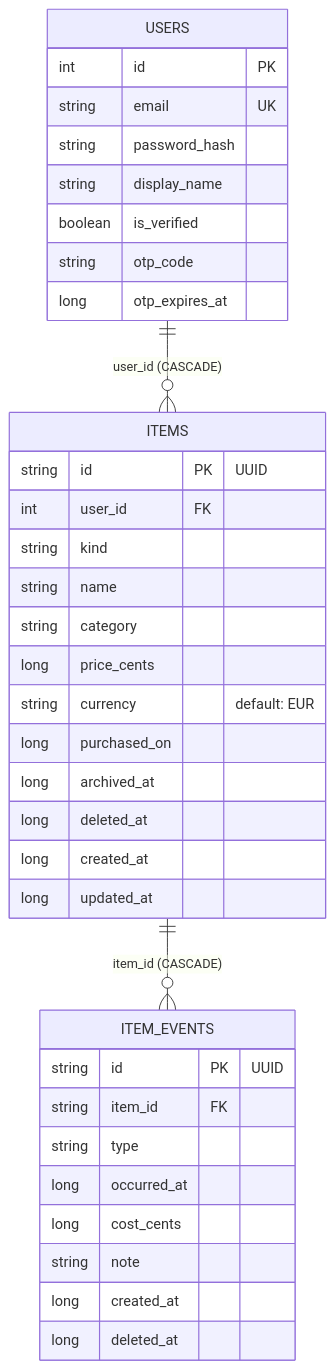
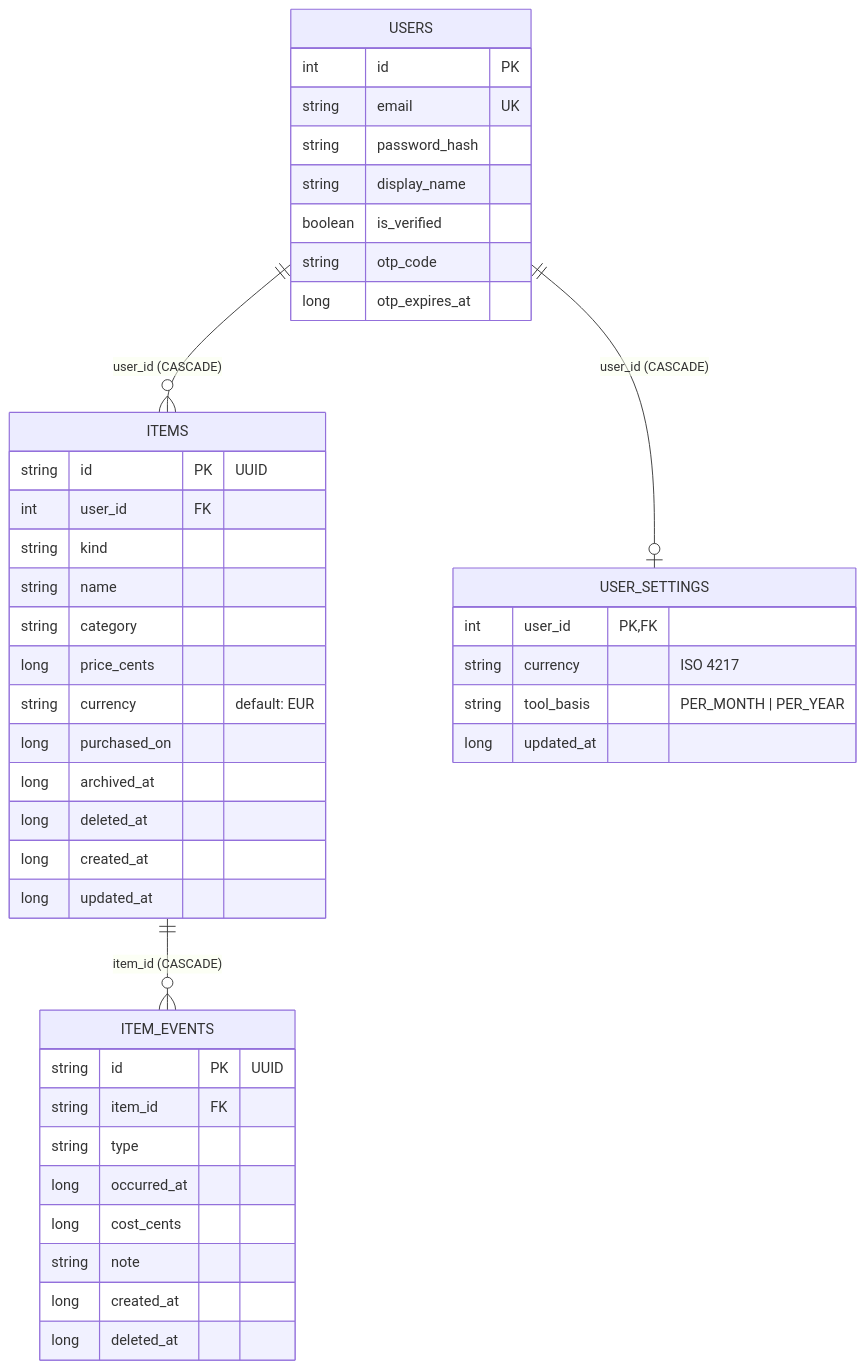
Before and after one commit to JZLab-Studio/be-fair: the diagram in server/AGENTS.md, drawn with Mermaid. The commit also changed 15 other files, not shown here.

First line of the commit message:
Add persistent user settings with server sync

````diff
--- a/server/AGENTS.md
+++ b/server/AGENTS.md
@@ -66,38 +66,45 @@
 ```mermaid
 erDiagram
     USERS {
         int id PK
         string email UK
         string password_hash
         string display_name
         boolean is_verified
         string otp_code
         long otp_expires_at
     }
     ITEMS {
         string id PK "UUID"
         int user_id FK
         string kind
         string name
         string category
         long price_cents
         string currency "default: EUR"
         long purchased_on
         long archived_at
         long deleted_at
         long created_at
         long updated_at
     }
     ITEM_EVENTS {
         string id PK "UUID"
         string item_id FK
         string type
         long occurred_at
         long cost_cents
         string note
         long created_at
         long deleted_at
     }
+    USER_SETTINGS {
+        int user_id PK, FK
+        string currency "ISO 4217"
+        string tool_basis "PER_MONTH | PER_YEAR"
+        long updated_at
+    }
+    USERS ||--o| USER_SETTINGS : "user_id (CASCADE)"
     USERS ||--o{ ITEMS : "user_id (CASCADE)"
     ITEMS ||--o{ ITEM_EVENTS : "item_id (CASCADE)"
 ```
````
